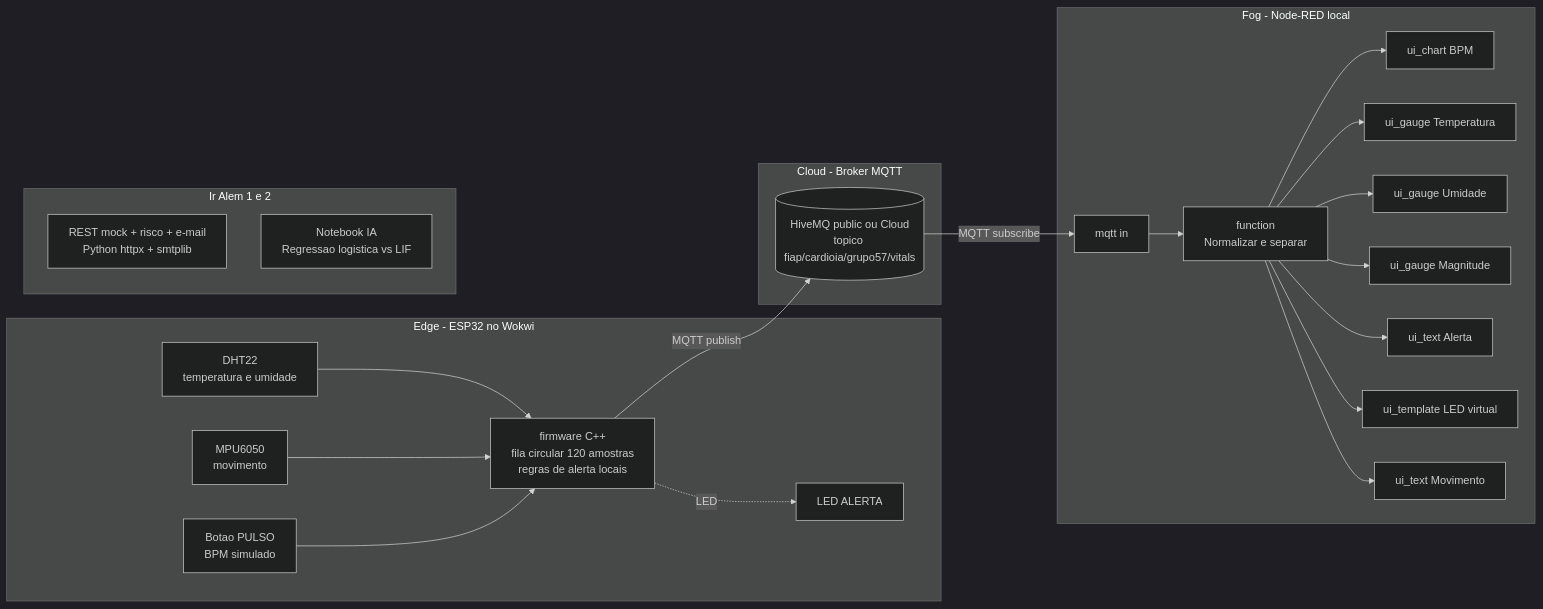
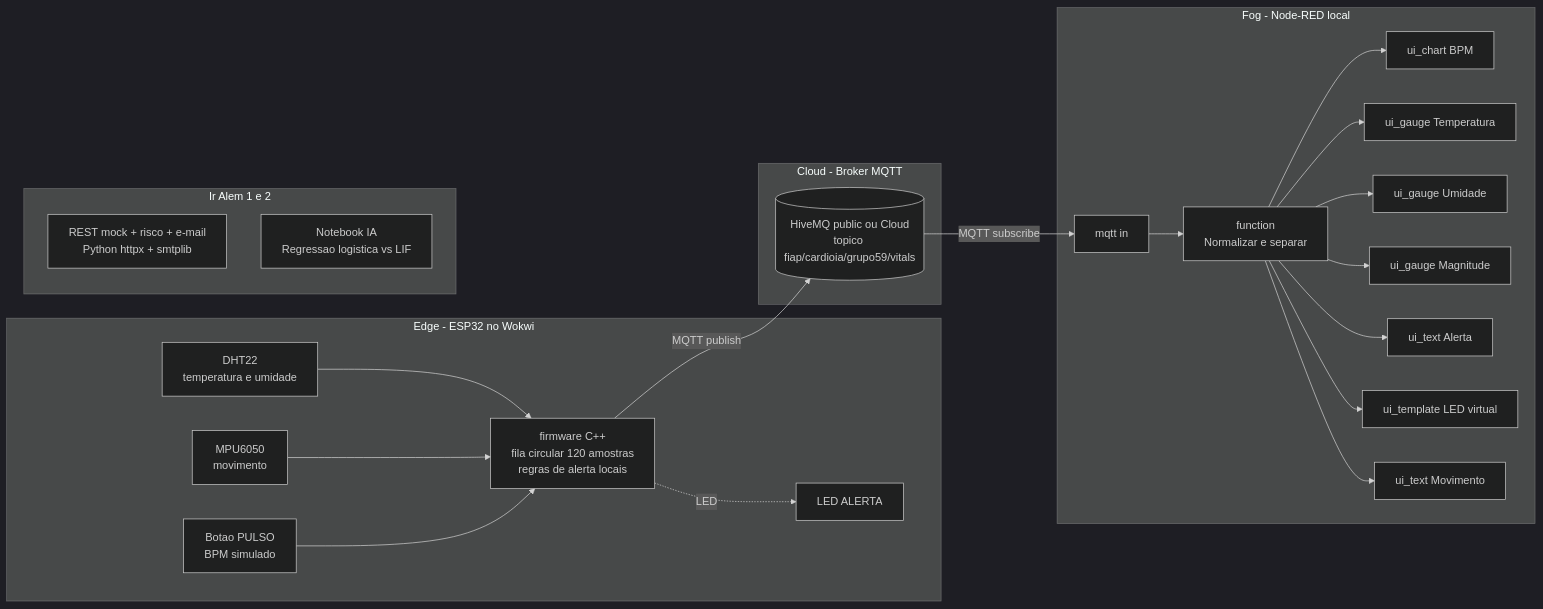
One commit to marcofiap/CardioIA-Fase3-Cap1 changed the diagram in README.md. Above: the diagram before and after it, drawn with Mermaid (dark theme). The commit also changed other lines of this file and 14 other files, not shown here.

````diff
--- a/README.md
+++ b/README.md
@@ -33,33 +33,33 @@
 ```mermaid
 flowchart LR
     subgraph EDGE [Edge - ESP32 no Wokwi]
         A1[DHT22<br/>temperatura e umidade] --> SK
         A2[MPU6050<br/>movimento] --> SK
         A3[Botao PULSO<br/>BPM simulado] --> SK
         SK[firmware C++<br/>fila circular 120 amostras<br/>regras de alerta locais]
         SK -.LED.-> A4[LED ALERTA]
     end
 
     subgraph CLOUD [Cloud - Broker MQTT]
-        B[(HiveMQ public ou Cloud<br/>topico fiap/cardioia/grupo57/vitals)]
+        B[(HiveMQ public ou Cloud<br/>topico fiap/cardioia/grupo59/vitals)]
     end
 
     subgraph FOG [Fog - Node-RED local]
         F1[mqtt in] --> F2[function<br/>Normalizar e separar]
         F2 --> F3[ui_chart BPM]
         F2 --> F4[ui_gauge Temperatura]
         F2 --> F4b[ui_gauge Umidade]
         F2 --> F4c[ui_gauge Magnitude]
         F2 --> F5[ui_text Alerta]
         F2 --> F6[ui_template LED virtual]
         F2 --> F7[ui_text Movimento]
     end
 
     subgraph IRALEM [Ir Alem 1 e 2]
         R[REST mock + risco + e-mail<br/>Python httpx + smtplib]
         N[Notebook IA<br/>Regressao logistica vs LIF]
     end
 
     SK -- MQTT publish --> B
     B -- MQTT subscribe --> F1
 ```
````
